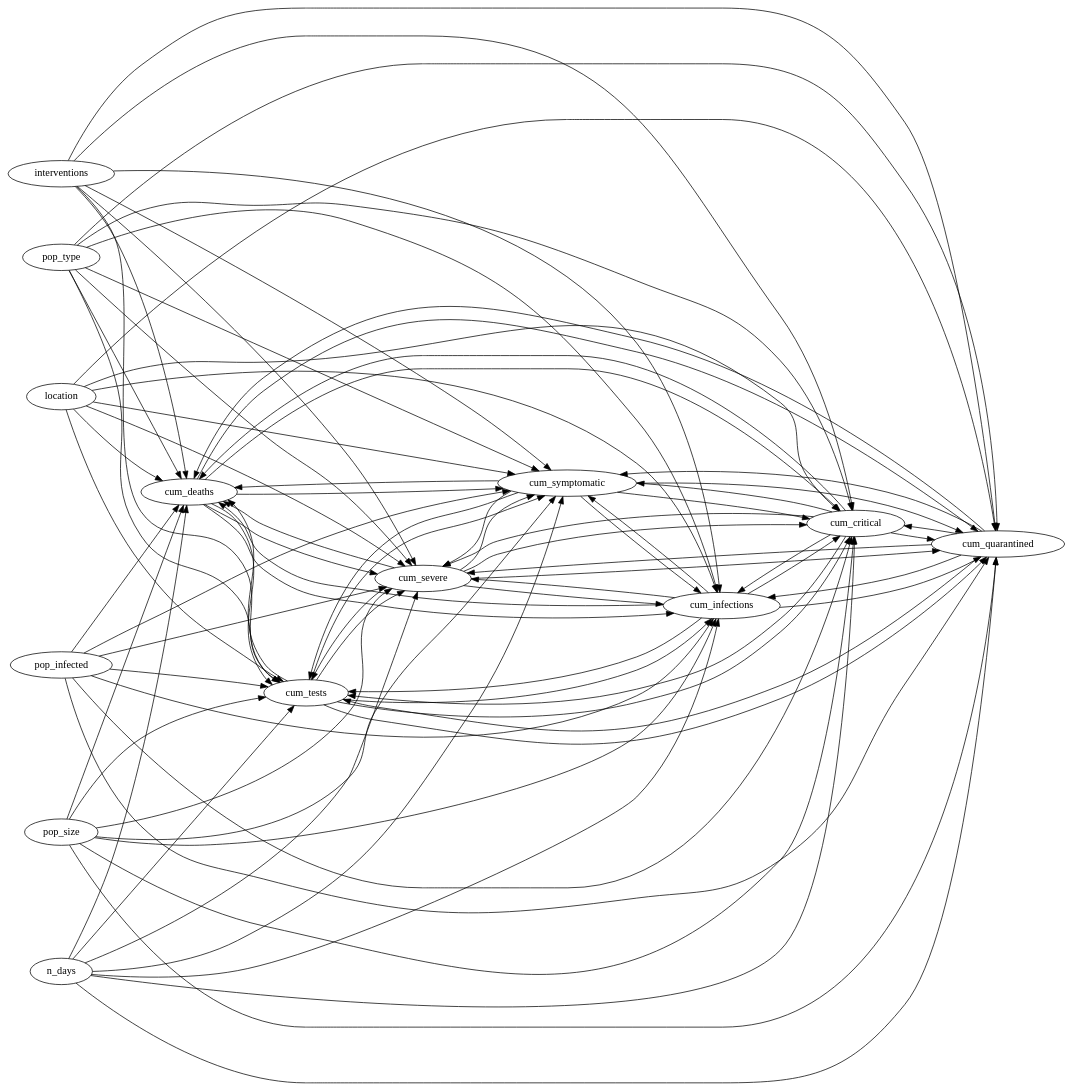
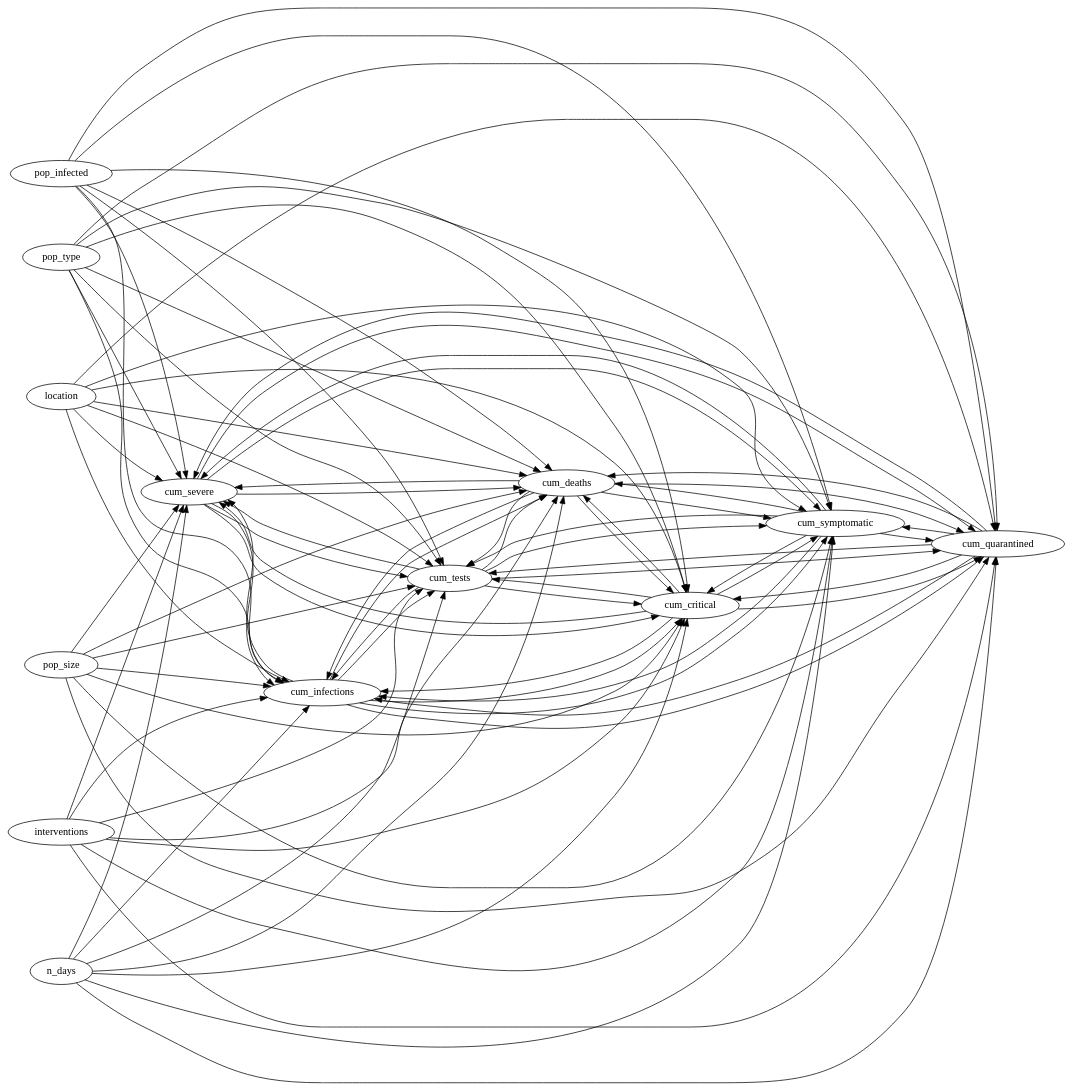
The diagram in scenarios/basic-end2end/causal_dag_connected.dot (CITCOM-project/causcumber), drawn with Graphviz before and after one commit. The commit also changed other lines of this file and 17 other files, not shown here.

```diff
--- a/scenarios/basic-end2end/causal_dag_connected.dot
+++ b/scenarios/basic-end2end/causal_dag_connected.dot
@@ -1,89 +1,89 @@
 digraph "" {
 	graph [newrank=True,
 		rankdir=LR
 	];
+	pop_type -> cum_severe;
+	pop_type -> cum_infections;
+	pop_type -> cum_tests;
 	pop_type -> cum_deaths;
-	pop_type -> cum_tests;
-	pop_type -> cum_severe;
+	pop_type -> cum_critical;
 	pop_type -> cum_symptomatic;
-	pop_type -> cum_infections;
-	pop_type -> cum_critical;
 	pop_type -> cum_quarantined;
+	cum_severe -> cum_infections;
+	cum_severe -> cum_tests;
+	cum_severe -> cum_deaths;
+	cum_severe -> cum_critical;
+	cum_severe -> cum_symptomatic;
+	cum_severe -> cum_quarantined;
+	pop_size -> cum_severe;
+	pop_size -> cum_infections;
+	pop_size -> cum_tests;
+	pop_size -> cum_deaths;
+	pop_size -> cum_critical;
+	pop_size -> cum_symptomatic;
+	pop_size -> cum_quarantined;
+	pop_infected -> cum_severe;
+	pop_infected -> cum_infections;
+	pop_infected -> cum_tests;
+	pop_infected -> cum_deaths;
+	pop_infected -> cum_critical;
+	pop_infected -> cum_symptomatic;
+	pop_infected -> cum_quarantined;
+	interventions -> cum_severe;
+	interventions -> cum_infections;
+	interventions -> cum_tests;
+	interventions -> cum_deaths;
+	interventions -> cum_critical;
+	interventions -> cum_symptomatic;
+	interventions -> cum_quarantined;
+	n_days -> cum_severe;
+	n_days -> cum_infections;
+	n_days -> cum_tests;
+	n_days -> cum_deaths;
+	n_days -> cum_critical;
+	n_days -> cum_symptomatic;
+	n_days -> cum_quarantined;
+	location -> cum_severe;
+	location -> cum_infections;
+	location -> cum_tests;
+	location -> cum_deaths;
+	location -> cum_critical;
+	location -> cum_symptomatic;
+	location -> cum_quarantined;
+	cum_infections -> cum_severe;
+	cum_infections -> cum_tests;
+	cum_infections -> cum_deaths;
+	cum_infections -> cum_critical;
+	cum_infections -> cum_symptomatic;
+	cum_infections -> cum_quarantined;
+	cum_tests -> cum_severe;
+	cum_tests -> cum_infections;
+	cum_tests -> cum_deaths;
+	cum_tests -> cum_critical;
+	cum_tests -> cum_symptomatic;
+	cum_tests -> cum_quarantined;
+	cum_deaths -> cum_severe;
+	cum_deaths -> cum_infections;
 	cum_deaths -> cum_tests;
-	cum_deaths -> cum_severe;
+	cum_deaths -> cum_critical;
 	cum_deaths -> cum_symptomatic;
-	cum_deaths -> cum_infections;
-	cum_deaths -> cum_critical;
 	cum_deaths -> cum_quarantined;
-	pop_infected -> cum_deaths;
-	pop_infected -> cum_tests;
-	pop_infected -> cum_severe;
-	pop_infected -> cum_symptomatic;
-	pop_infected -> cum_infections;
-	pop_infected -> cum_critical;
-	pop_infected -> cum_quarantined;
-	interventions -> cum_deaths;
-	interventions -> cum_tests;
-	interventions -> cum_severe;
-	interventions -> cum_symptomatic;
-	interventions -> cum_infections;
-	interventions -> cum_critical;
-	interventions -> cum_quarantined;
-	pop_size -> cum_deaths;
-	pop_size -> cum_tests;
-	pop_size -> cum_severe;
-	pop_size -> cum_symptomatic;
-	pop_size -> cum_infections;
-	pop_size -> cum_critical;
-	pop_size -> cum_quarantined;
-	n_days -> cum_deaths;
-	n_days -> cum_tests;
-	n_days -> cum_severe;
-	n_days -> cum_symptomatic;
-	n_days -> cum_infections;
-	n_days -> cum_critical;
-	n_days -> cum_quarantined;
-	location -> cum_deaths;
-	location -> cum_tests;
-	location -> cum_severe;
-	location -> cum_symptomatic;
-	location -> cum_infections;
-	location -> cum_critical;
-	location -> cum_quarantined;
-	cum_tests -> cum_deaths;
-	cum_tests -> cum_severe;
-	cum_tests -> cum_symptomatic;
-	cum_tests -> cum_infections;
-	cum_tests -> cum_critical;
-	cum_tests -> cum_quarantined;
-	cum_severe -> cum_deaths;
-	cum_severe -> cum_tests;
-	cum_severe -> cum_symptomatic;
-	cum_severe -> cum_infections;
-	cum_severe -> cum_critical;
-	cum_severe -> cum_quarantined;
-	cum_symptomatic -> cum_deaths;
-	cum_symptomatic -> cum_tests;
+	cum_critical -> cum_severe;
+	cum_critical -> cum_infections;
+	cum_critical -> cum_tests;
+	cum_critical -> cum_deaths;
+	cum_critical -> cum_symptomatic;
+	cum_critical -> cum_quarantined;
 	cum_symptomatic -> cum_severe;
 	cum_symptomatic -> cum_infections;
+	cum_symptomatic -> cum_tests;
+	cum_symptomatic -> cum_deaths;
 	cum_symptomatic -> cum_critical;
 	cum_symptomatic -> cum_quarantined;
-	cum_infections -> cum_deaths;
-	cum_infections -> cum_tests;
-	cum_infections -> cum_severe;
-	cum_infections -> cum_symptomatic;
-	cum_infections -> cum_critical;
-	cum_infections -> cum_quarantined;
-	cum_critical -> cum_deaths;
-	cum_critical -> cum_tests;
-	cum_critical -> cum_severe;
-	cum_critical -> cum_symptomatic;
-	cum_critical -> cum_infections;
-	cum_critical -> cum_quarantined;
+	cum_quarantined -> cum_severe;
+	cum_quarantined -> cum_infections;
+	cum_quarantined -> cum_tests;
 	cum_quarantined -> cum_deaths;
-	cum_quarantined -> cum_tests;
-	cum_quarantined -> cum_severe;
+	cum_quarantined -> cum_critical;
 	cum_quarantined -> cum_symptomatic;
-	cum_quarantined -> cum_infections;
-	cum_quarantined -> cum_critical;
 }
```
